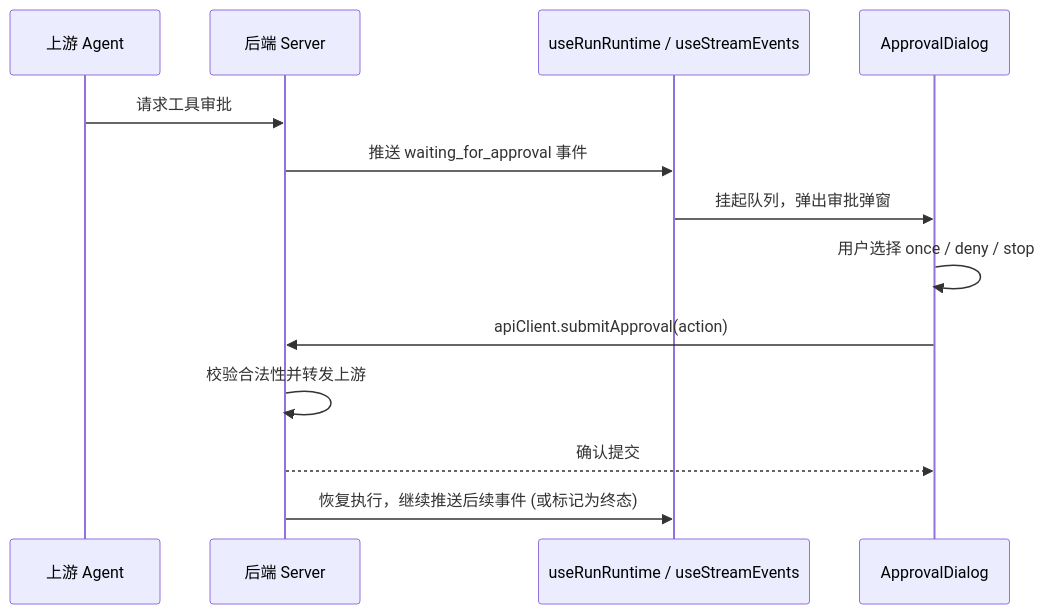
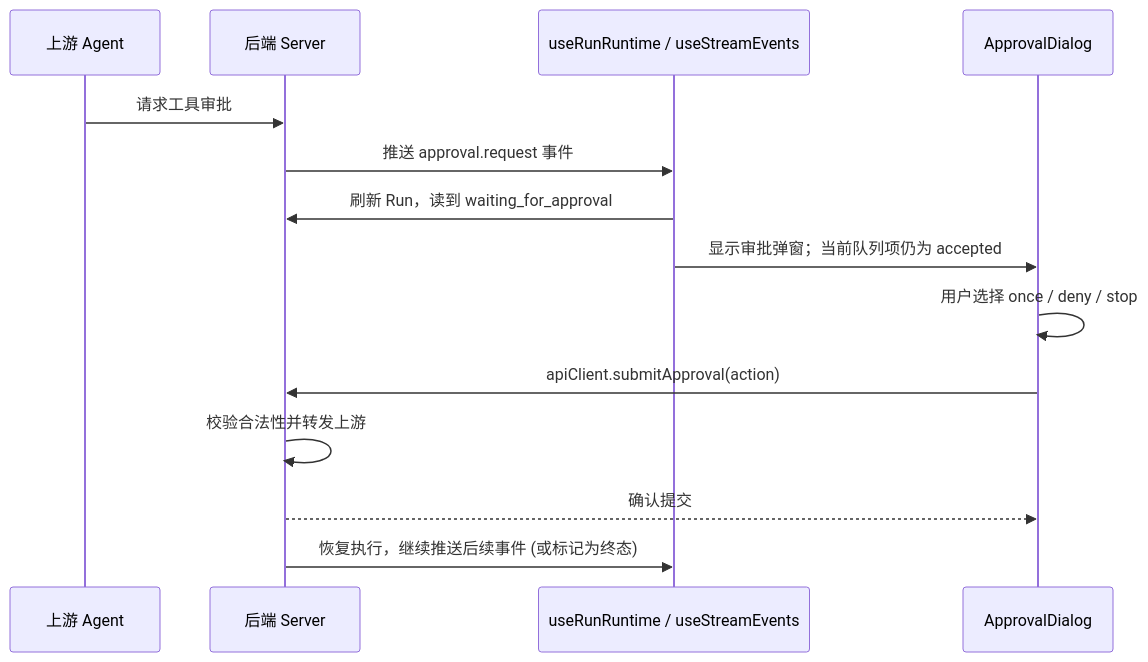
Before and after one commit to ermu03/emu-chat: the second of 7 diagrams in docs/07-data-flow.md, drawn with Mermaid. The commit also changed other lines of this file and 13 other files, not shown here.

````diff
--- a/docs/07-data-flow.md
+++ b/docs/07-data-flow.md
@@ -55,16 +56,17 @@
 ```mermaid
 sequenceDiagram
     participant Agent as 上游 Agent
     participant Backend as 后端 Server
     participant SSE as useRunRuntime / useStreamEvents
     participant Dialog as ApprovalDialog
 
     Agent->>Backend: 请求工具审批
-    Backend->>SSE: 推送 waiting_for_approval 事件
-    SSE->>Dialog: 挂起队列，弹出审批弹窗
+    Backend->>SSE: 推送 approval.request 事件
+    SSE->>Backend: 刷新 Run，读到 waiting_for_approval
+    SSE->>Dialog: 显示审批弹窗；当前队列项仍为 accepted
     Dialog->>Dialog: 用户选择 once / deny / stop
     Dialog->>Backend: apiClient.submitApproval(action)
     Backend->>Backend: 校验合法性并转发上游
     Backend-->>Dialog: 确认提交
     Backend->>SSE: 恢复执行，继续推送后续事件 (或标记为终态)
 ```
````
